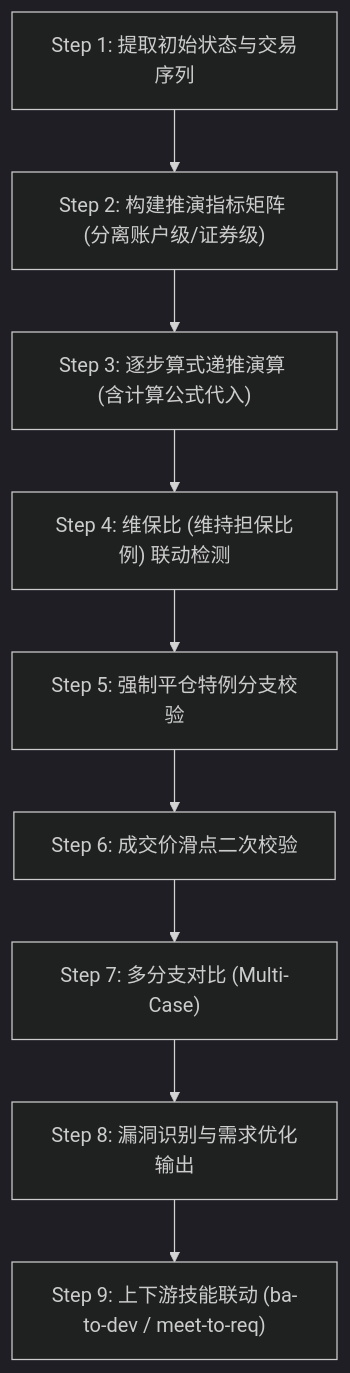
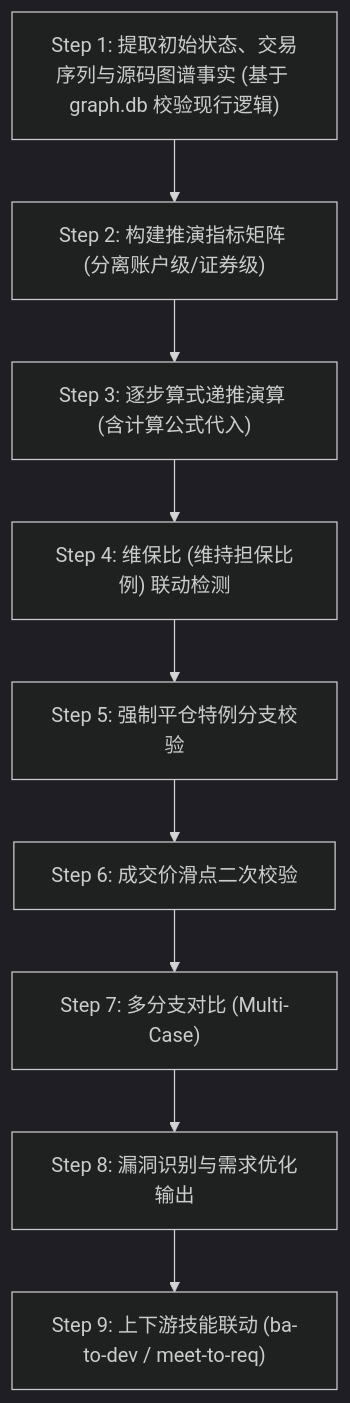
Before and after one commit to wujin2025-sh/skills-archive: the second of 3 diagrams in trade-deduction/SKILL.md, drawn with Mermaid (dark theme). The commit also changed other lines of this file and 14041 other files, not shown here.

````diff
--- a/trade-deduction/SKILL.md
+++ b/trade-deduction/SKILL.md
@@ -52,11 +77,11 @@
 ```mermaid
 flowchart TD
-    Step1["Step 1: 提取初始状态与交易序列"] --> Step2["Step 2: 构建推演指标矩阵 (分离账户级/证券级)"]
+    Step1["Step 1: 提取初始状态、交易序列与源码图谱事实 (基于 graph.db 校验现行逻辑)"] --> Step2["Step 2: 构建推演指标矩阵 (分离账户级/证券级)"]
     Step2 --> Step3["Step 3: 逐步算式递推演算 (含计算公式代入)"]
     Step3 --> Step4["Step 4: 维保比 (维持担保比例) 联动检测"]
     Step4 --> Step5["Step 5: 强制平仓特例分支校验"]
     Step5 --> Step6["Step 6: 成交价滑点二次校验"]
     Step6 --> Step7["Step 7: 多分支对比 (Multi-Case)"]
     Step7 --> Step8["Step 8: 漏洞识别与需求优化输出"]
     Step8 --> Step9["Step 9: 上下游技能联动 (ba-to-dev / meet-to-req)"]
 ```
````
